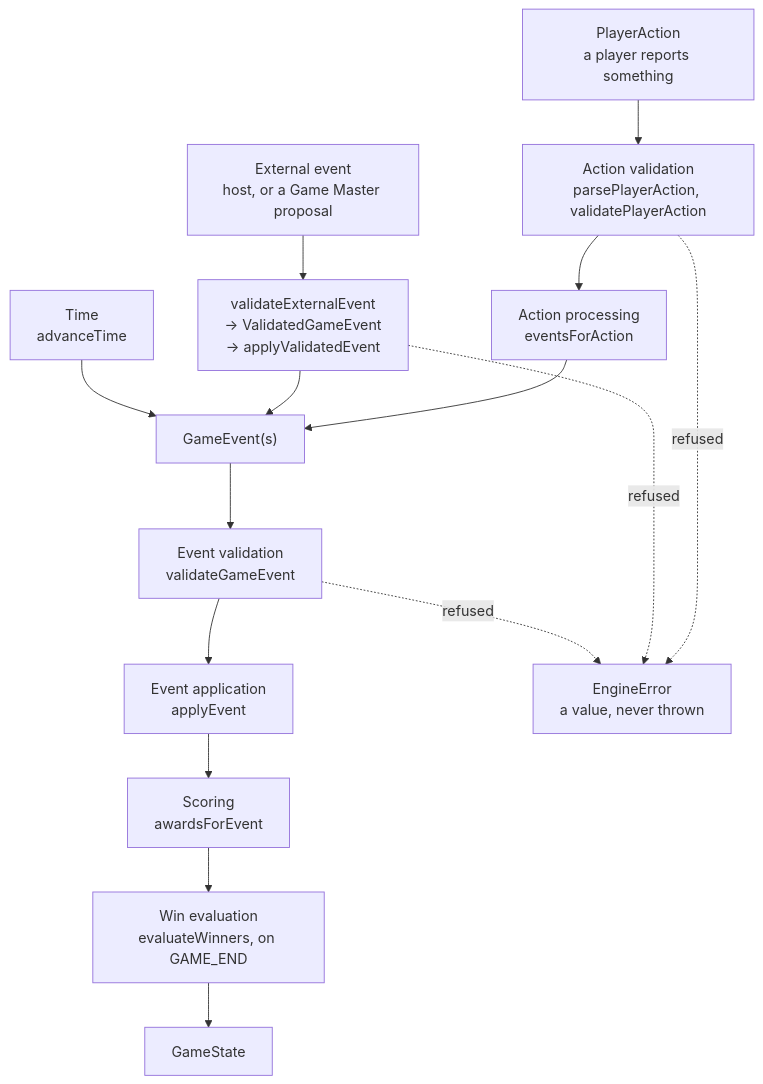
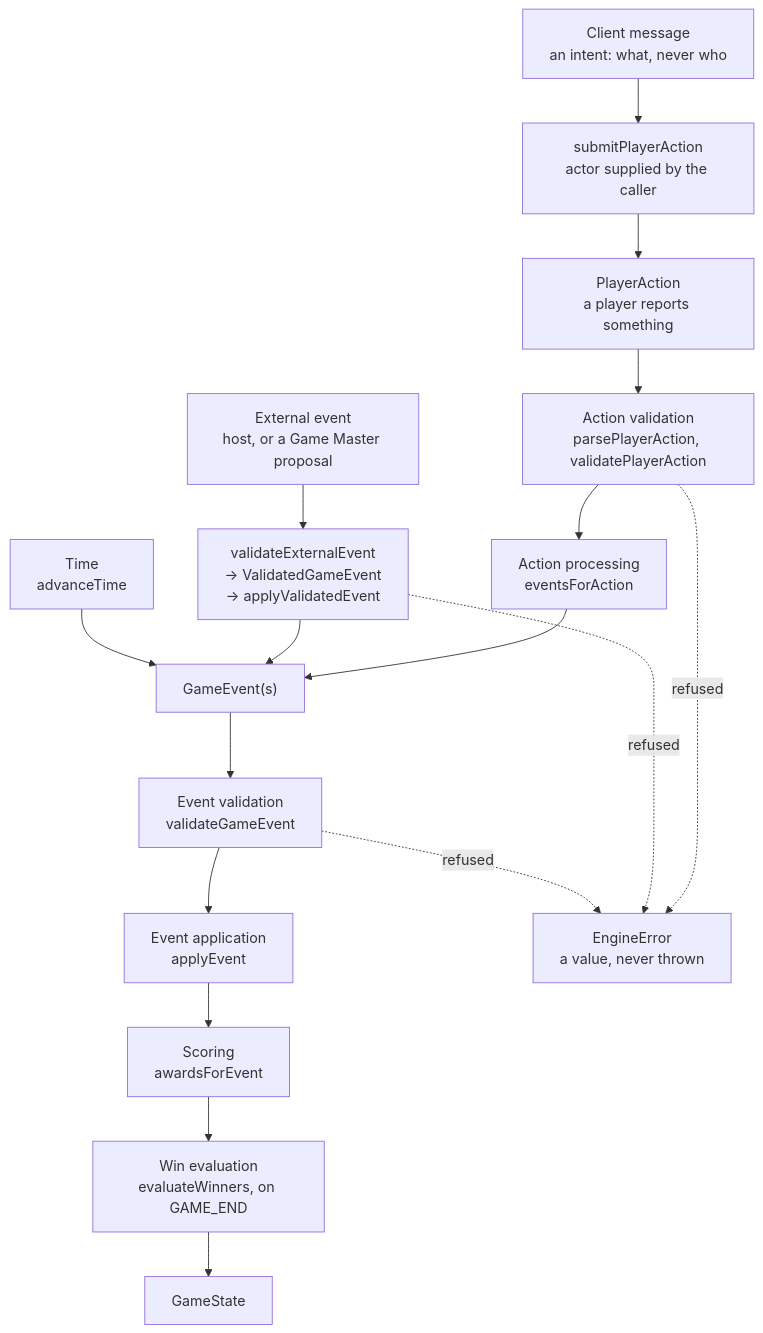
Before and after one commit to SHWETANK-SAURABH/touchgrass-game-master: the first of 2 diagrams in packages/game-engine/GAME_ENGINE.md, drawn with Mermaid. The commit also changed other lines of this file and 9 other files, not shown here.

Commit message:
feat(engine): add authoritative player action boundary

````diff
--- a/packages/game-engine/GAME_ENGINE.md
+++ b/packages/game-engine/GAME_ENGINE.md
@@ -14,21 +17,23 @@
 ```mermaid
 flowchart TD
+    CL["Client message<br/>an intent: what, never who"] --> SA["submitPlayerAction<br/>actor supplied by the caller"]
+    SA --> PA
     PA["PlayerAction<br/>a player reports something"] --> AV["Action validation<br/>parsePlayerAction, validatePlayerAction"]
     AV --> AP["Action processing<br/>eventsForAction"]
     AP --> GE["GameEvent(s)"]
 
     EX["External event<br/>host, or a Game Master proposal"] --> EV["validateExternalEvent<br/>→ ValidatedGameEvent<br/>→ applyValidatedEvent"]
     EV --> GE
 
     T["Time<br/>advanceTime"] --> GE
 
     GE --> VE["Event validation<br/>validateGameEvent"]
     VE --> AE["Event application<br/>applyEvent"]
     AE --> SC["Scoring<br/>awardsForEvent"]
     SC --> WIN["Win evaluation<br/>evaluateWinners, on GAME_END"]
     WIN --> GS["GameState"]
 
     AV -. refused .-> X["EngineError<br/>a value, never thrown"]
     EV -. refused .-> X
     VE -. refused .-> X
 ```
````
